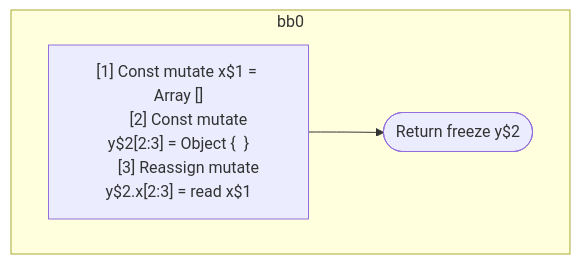
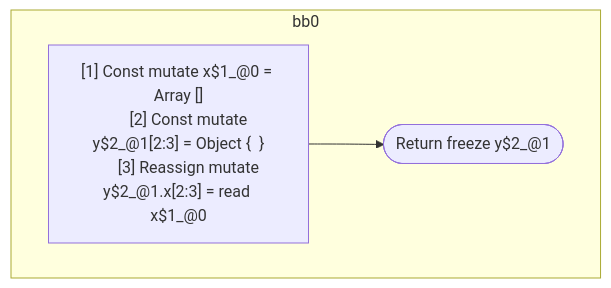
The diagram in compiler/forget/src/__tests__/fixtures/hir/ssa-property.expect.md (wutsmog/private), drawn with Mermaid before and after one commit. The commit also changed other lines of this file and 60 other files, not shown here.

````diff
--- a/compiler/forget/src/__tests__/fixtures/hir/ssa-property.expect.md
+++ b/compiler/forget/src/__tests__/fixtures/hir/ssa-property.expect.md
@@ -26,15 +26,15 @@
 ```mermaid
 flowchart TB
   %% Basic Blocks
   subgraph bb0
     bb0_instrs["
-      [1] Const mutate x$1 = Array []
-      [2] Const mutate y$2[2:3] = Object {  }
-      [3] Reassign mutate y$2.x[2:3] = read x$1
+      [1] Const mutate x$1_@0 = Array []
+      [2] Const mutate y$2_@1[2:3] = Object {  }
+      [3] Reassign mutate y$2_@1.x[2:3] = read x$1_@0
     "]
-    bb0_instrs --> bb0_terminal(["Return freeze y$2"])
+    bb0_instrs --> bb0_terminal(["Return freeze y$2_@1"])
   end
 
   %% Jumps
   %% empty
 ```
````
